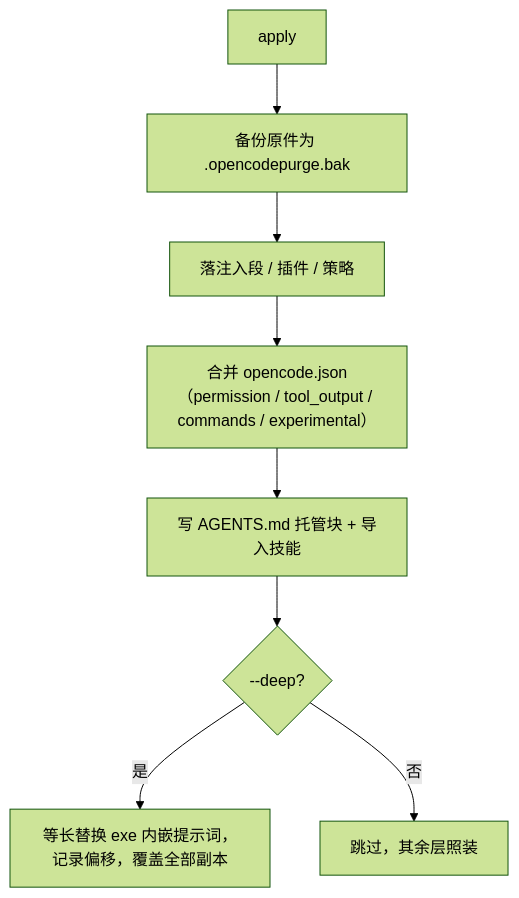
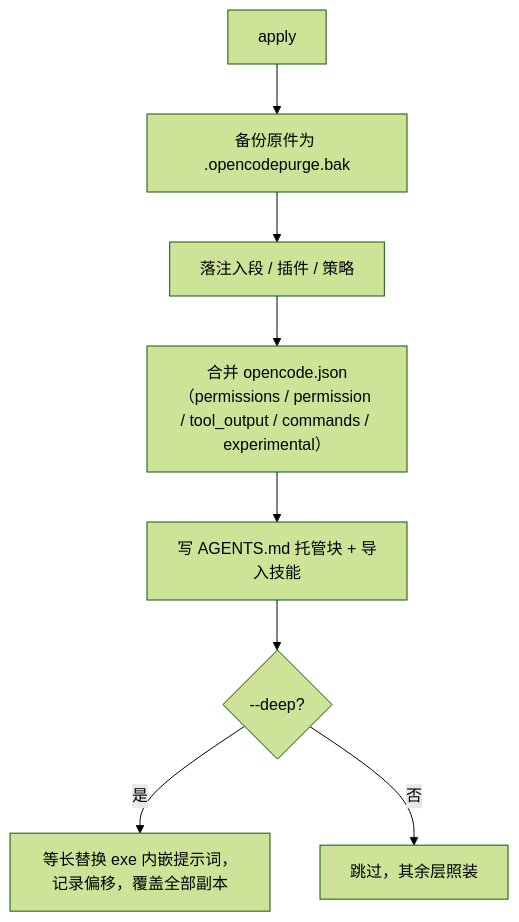
Before and after one commit to oahcom/opencode-purge: the first of 2 diagrams in README.zh-CN.md, drawn with Mermaid (forest theme). The commit also changed other lines of this file and 7 other files, not shown here.

````diff
--- a/README.zh-CN.md
+++ b/README.zh-CN.md
@@ -142,10 +142,10 @@
 ```mermaid
 flowchart TD
   A["apply"] --> B["备份原件为 .opencodepurge.bak"]
   B --> C["落注入段 / 插件 / 策略"]
-  C --> D["合并 opencode.json（permission / tool_output / commands / experimental）"]
+  C --> D["合并 opencode.json（permissions / permission / tool_output / commands / experimental）"]
   D --> E["写 AGENTS.md 托管块 + 导入技能"]
   E --> F{"--deep?"}
   F -->|是| G["等长替换 exe 内嵌提示词，记录偏移，覆盖全部副本"]
   F -->|否| H["跳过，其余层照装"]
 ```
````
